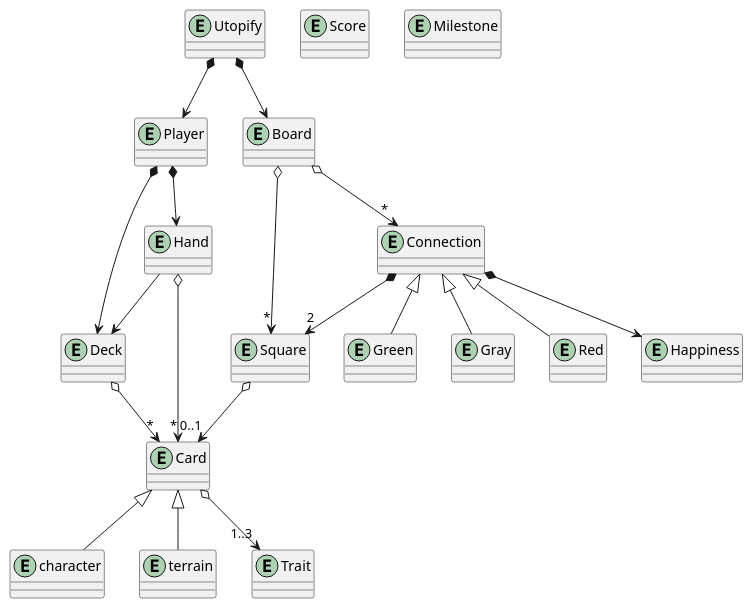
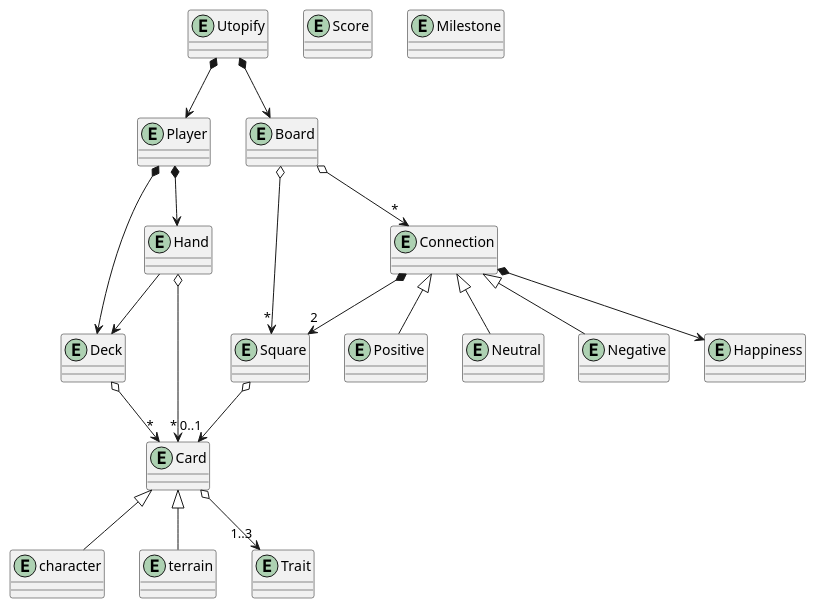
One commit to Juan-Albert/Utopify changed the diagram in Diagrams/UML/DomainModel.puml. Above: the diagram before and after it, drawn with PlantUML.

Commit message:
refactor(Diagrams): connections are positive, neutral & negative

```diff
--- a/Diagrams/UML/DomainModel.puml
+++ b/Diagrams/UML/DomainModel.puml
@@ -1,41 +1,41 @@
 @startuml
 
 entity Utopify
 entity Player
 entity Deck
 entity Hand
 entity Card
 entity character
 entity terrain
 entity Trait
 entity Board
 entity Square
 entity Connection
-entity Green
-entity Gray
-entity Red
+entity Positive
+entity Neutral
+entity Negative
 entity Happiness
 entity Score
 entity Milestone
 
 Utopify *--> Player
 Player *--> Deck
 Player *--> Hand
 Hand --> Deck
 Hand o--> "*" Card
 Deck o--> "*" Card
 Card o--> "1..3" Trait
 Card <|-- character
 Card <|-- terrain
 
 Utopify *--> Board
 Board o--> "*" Square
 Board o--> "*" Connection
 Square o--> "0..1" Card
 Connection *--> "2" Square
 Connection *--> Happiness
-Connection <|-- Green
-Connection <|-- Gray
-Connection <|-- Red
+Connection <|-- Positive
+Connection <|-- Neutral
+Connection <|-- Negative
  
 @enduml
```
